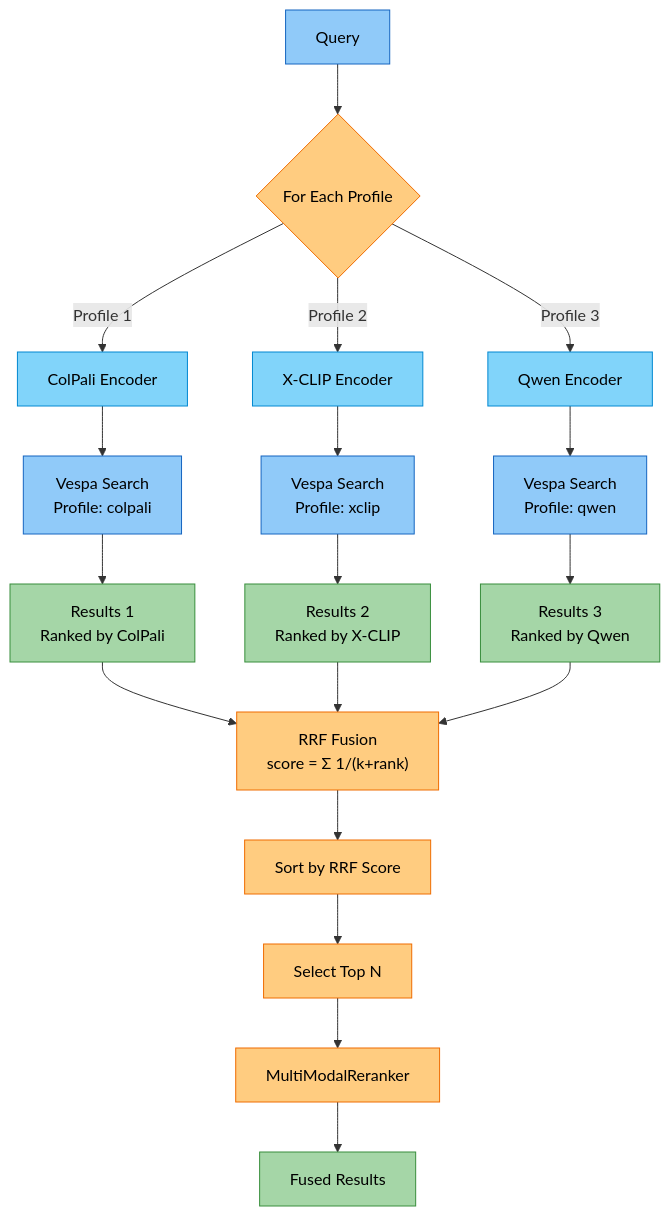
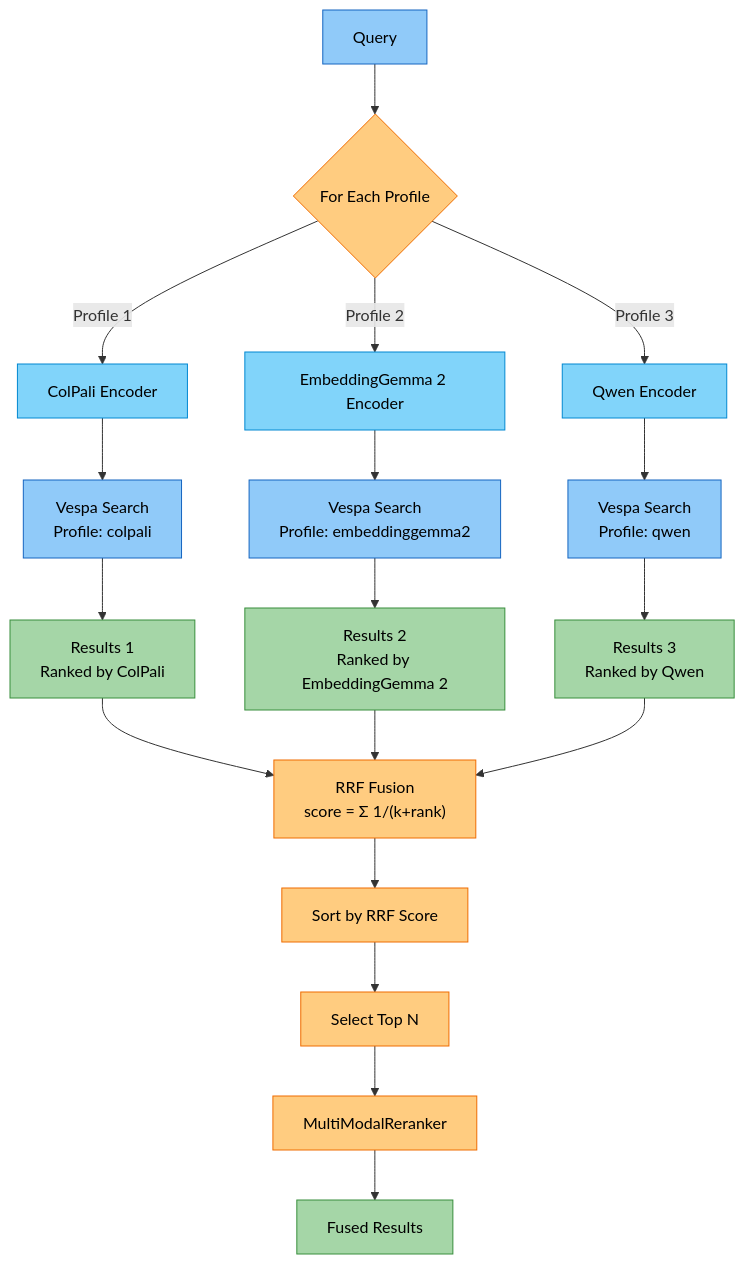
One commit to amit-jain/cogniverse changed the seventh of 18 diagrams in docs/modules/agents.md. Above: the diagram before and after it, drawn with Mermaid. The commit also changed other lines of this file and 161 other files, not shown here.

````diff
--- a/docs/modules/agents.md
+++ b/docs/modules/agents.md
@@ -1934,42 +1933,42 @@
 ```mermaid
 flowchart TB
     Input["<span style='color:#000'>Query</span>"] --> Encode{"<span style='color:#000'>For Each Profile</span>"}
 
     Encode -->|Profile 1| Enc1["<span style='color:#000'>ColPali Encoder</span>"]
-    Encode -->|Profile 2| Enc2["<span style='color:#000'>X-CLIP Encoder</span>"]
+    Encode -->|Profile 2| Enc2["<span style='color:#000'>EmbeddingGemma 2 Encoder</span>"]
     Encode -->|Profile 3| Enc3["<span style='color:#000'>Qwen Encoder</span>"]
 
     Enc1 --> Search1["<span style='color:#000'>Vespa Search<br/>Profile: colpali</span>"]
-    Enc2 --> Search2["<span style='color:#000'>Vespa Search<br/>Profile: xclip</span>"]
+    Enc2 --> Search2["<span style='color:#000'>Vespa Search<br/>Profile: embeddinggemma2</span>"]
     Enc3 --> Search3["<span style='color:#000'>Vespa Search<br/>Profile: qwen</span>"]
 
     Search1 --> Results1["<span style='color:#000'>Results 1<br/>Ranked by ColPali</span>"]
-    Search2 --> Results2["<span style='color:#000'>Results 2<br/>Ranked by X-CLIP</span>"]
+    Search2 --> Results2["<span style='color:#000'>Results 2<br/>Ranked by EmbeddingGemma 2</span>"]
     Search3 --> Results3["<span style='color:#000'>Results 3<br/>Ranked by Qwen</span>"]
 
     Results1 --> RRF["<span style='color:#000'>RRF Fusion<br/>score = Σ 1/(k+rank)</span>"]
     Results2 --> RRF
     Results3 --> RRF
 
     RRF --> Sort["<span style='color:#000'>Sort by RRF Score</span>"]
     Sort --> TopN["<span style='color:#000'>Select Top N</span>"]
     TopN --> Rerank["<span style='color:#000'>MultiModalReranker</span>"]
     Rerank --> Final["<span style='color:#000'>Fused Results</span>"]
 
     style Input fill:#90caf9,stroke:#1565c0,color:#000
     style Encode fill:#ffcc80,stroke:#ef6c00,color:#000
     style Enc1 fill:#81d4fa,stroke:#0288d1,color:#000
     style Enc2 fill:#81d4fa,stroke:#0288d1,color:#000
     style Enc3 fill:#81d4fa,stroke:#0288d1,color:#000
     style Search1 fill:#90caf9,stroke:#1565c0,color:#000
     style Search2 fill:#90caf9,stroke:#1565c0,color:#000
     style Search3 fill:#90caf9,stroke:#1565c0,color:#000
     style Results1 fill:#a5d6a7,stroke:#388e3c,color:#000
     style Results2 fill:#a5d6a7,stroke:#388e3c,color:#000
     style Results3 fill:#a5d6a7,stroke:#388e3c,color:#000
     style RRF fill:#ffcc80,stroke:#ef6c00,color:#000
     style Sort fill:#ffcc80,stroke:#ef6c00,color:#000
     style TopN fill:#ffcc80,stroke:#ef6c00,color:#000
     style Rerank fill:#ffcc80,stroke:#ef6c00,color:#000
     style Final fill:#a5d6a7,stroke:#388e3c,color:#000
 ```
````
